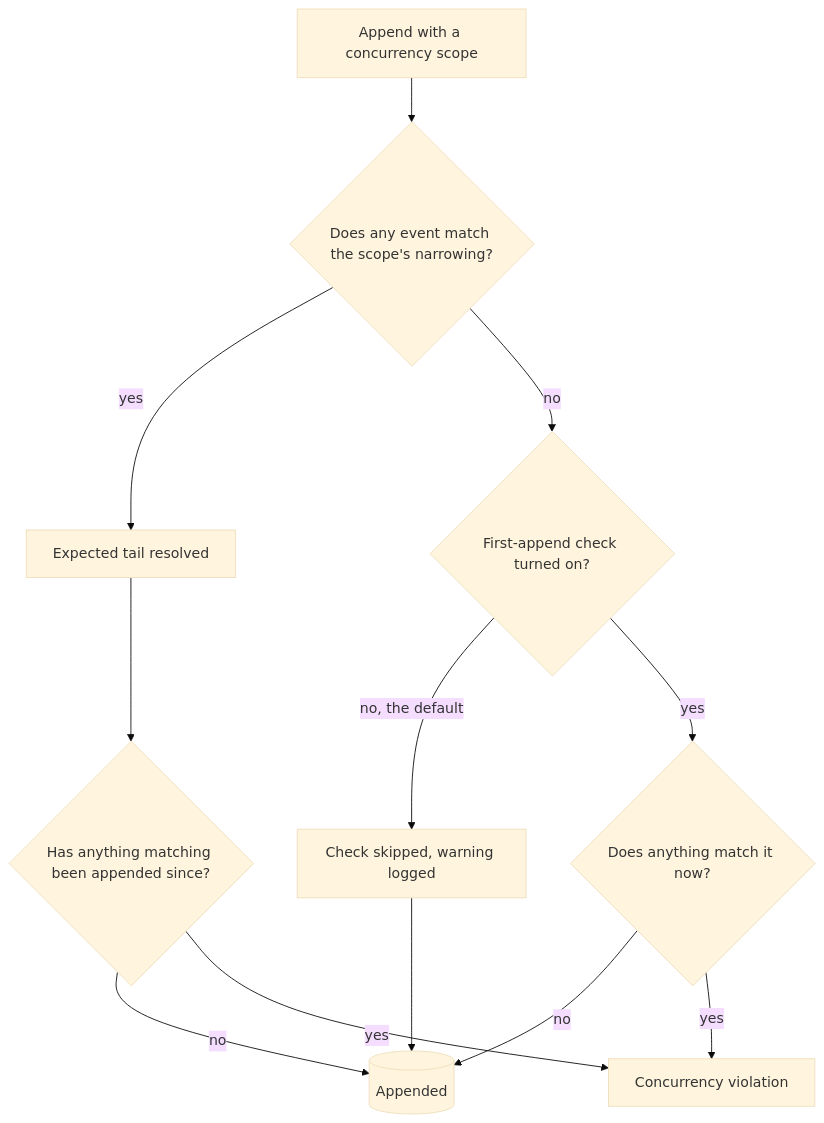
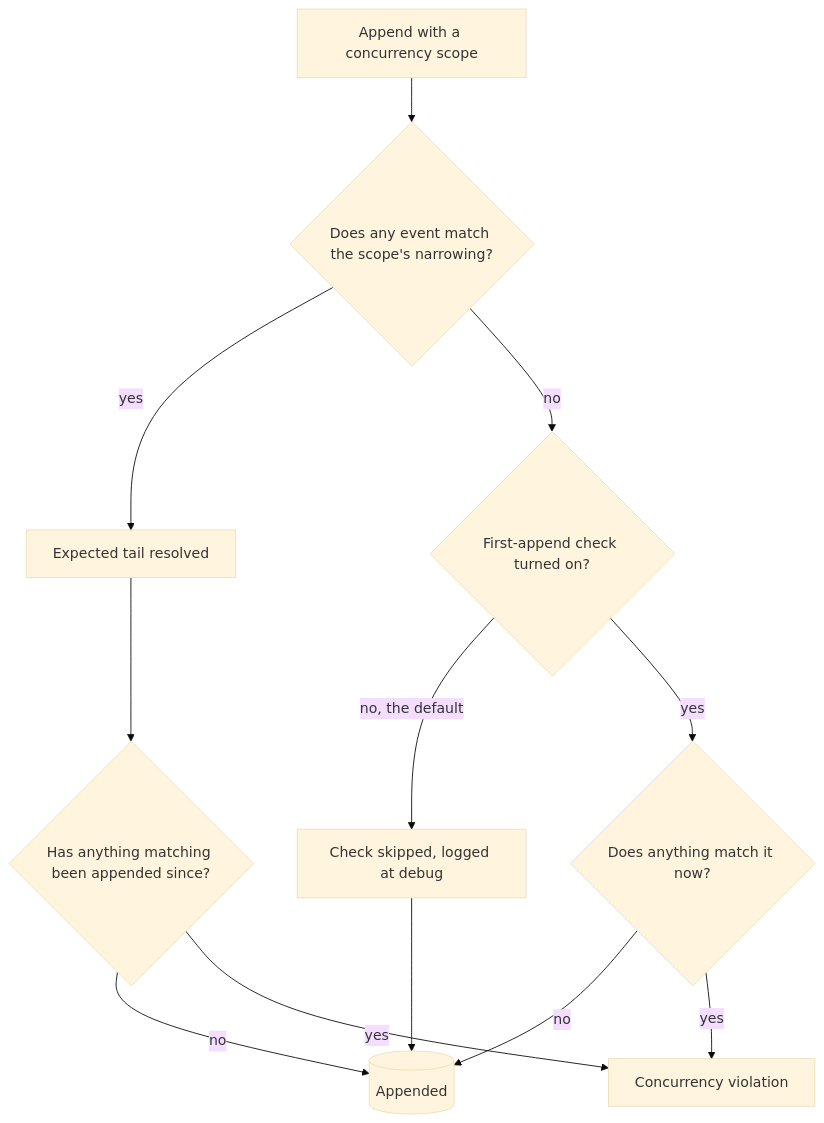
One commit to Cratis/Chronicle changed the diagram in Documentation/events/concurrency.mdx. Above: the diagram before and after it, drawn with Mermaid (base theme). The commit also changed other lines of this file and 2 other files, not shown here.

First line of the commit message:
Log the skipped concurrency check at Debug instead of Warning

````diff
--- a/Documentation/events/concurrency.mdx
+++ b/Documentation/events/concurrency.mdx
@@ -90,14 +90,14 @@
 ```mermaid
 flowchart TD
     A[Append with a concurrency scope] --> T{"Does any event match the scope's narrowing?"}
     T -->|yes| E[Expected tail resolved]
     E --> V{"Has anything matching been appended since?"}
     V -->|no| K[(Appended)]
     V -->|yes| R[Concurrency violation]
     T -->|no| C{"First-append check turned on?"}
-    C -->|no, the default| S[Check skipped, warning logged]
+    C -->|no, the default| S[Check skipped, logged at debug]
     S --> K
     C -->|yes| W{"Does anything match it now?"}
     W -->|no| K
     W -->|yes| R
 ```
````
